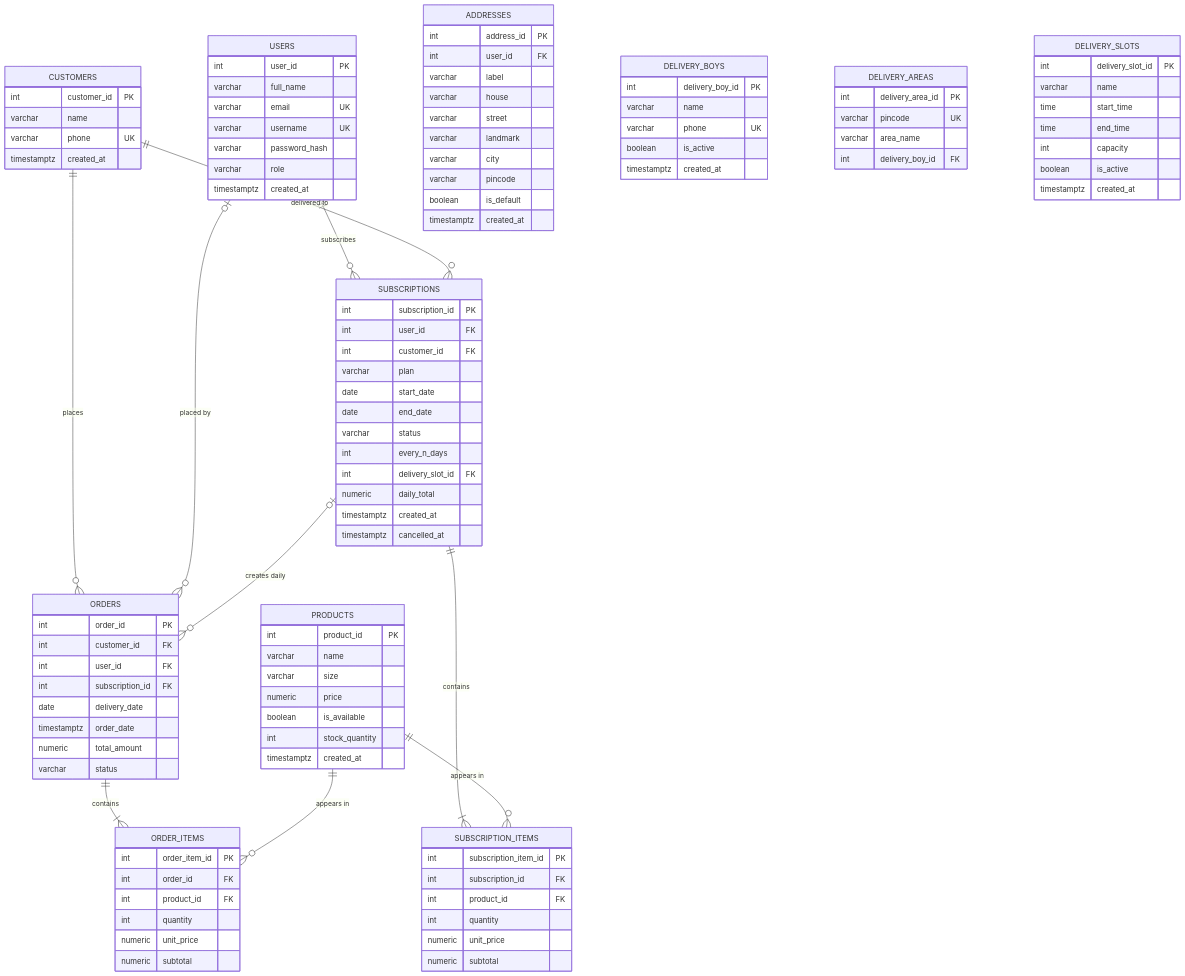
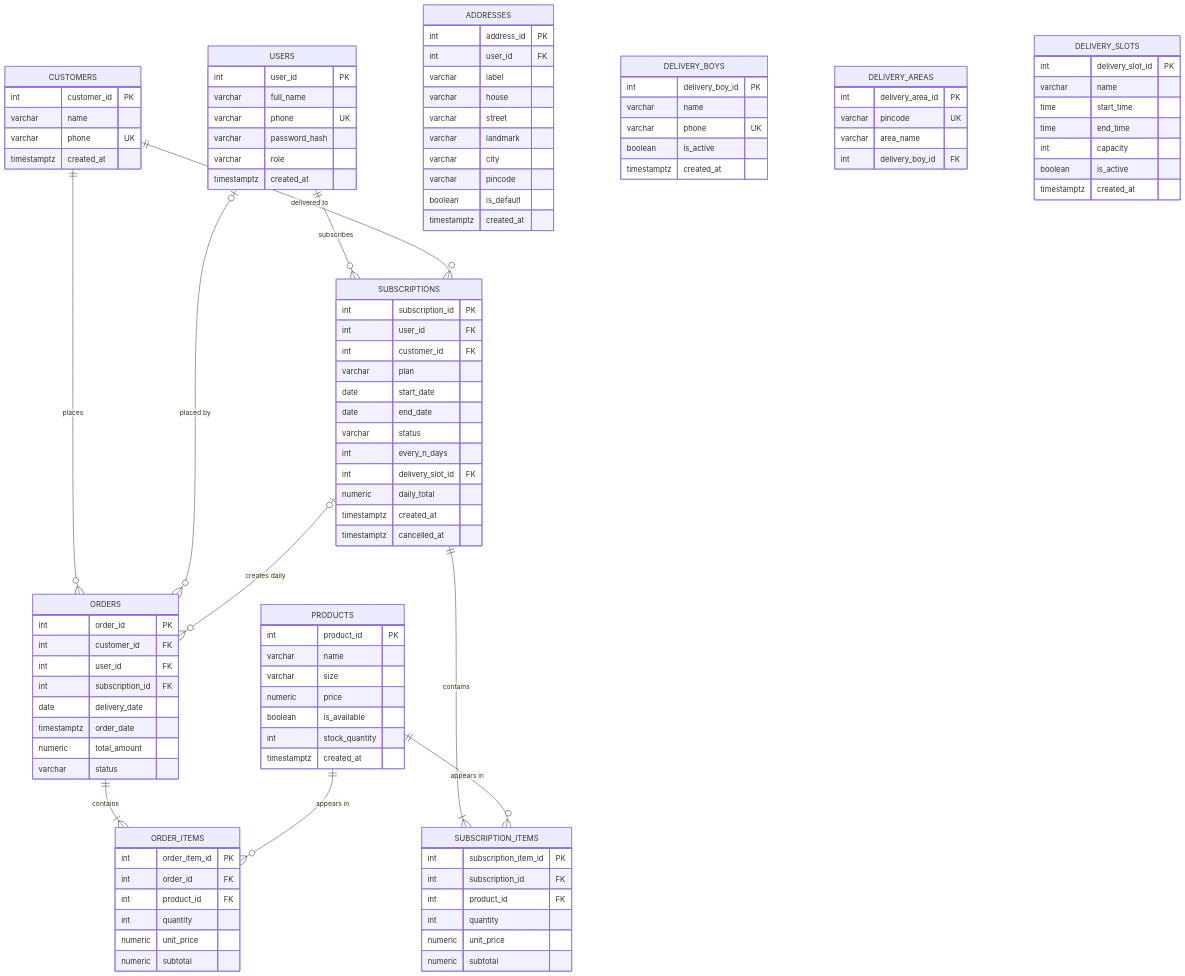
The diagram in docs/04-architecture/database-erd.md (samad-k-shaik/dairycart), drawn with Mermaid before and after one commit. The commit also changed other lines of this file and 57 other files, not shown here.

```diff
--- a/docs/04-architecture/database-erd.md
+++ b/docs/04-architecture/database-erd.md
@@ -50,8 +50,7 @@
     USERS {
         int user_id PK
         varchar full_name
-        varchar email UK
-        varchar username UK
+        varchar phone UK
         varchar password_hash
         varchar role
         timestamptz created_at
```
